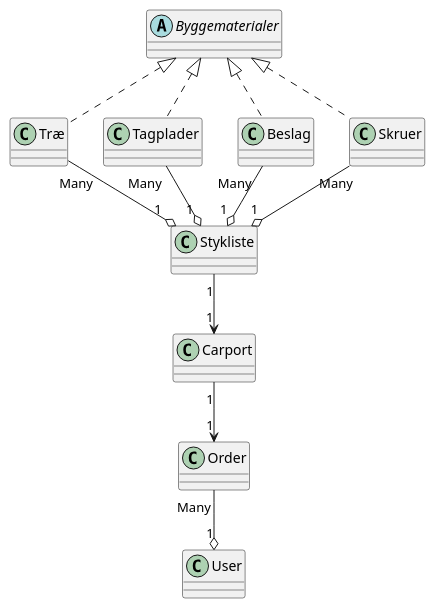
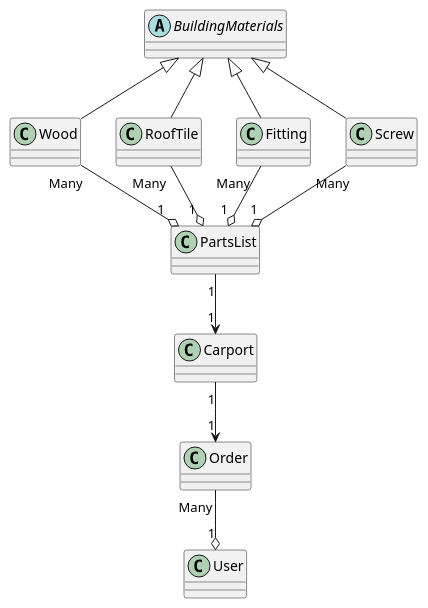
Before and after one commit to EmmsDK/Fog-projekt: the diagram in src/main/resources/DomainModel.puml, drawn with PlantUML.

Commit message:
domain update to english

```diff
--- a/src/main/resources/DomainModel.puml
+++ b/src/main/resources/DomainModel.puml
@@ -1,25 +1,25 @@
 @startuml
 Class User
 
 
-Abstract Class Byggematerialer
-Class Træ implements Byggematerialer
-Class Tagplader implements Byggematerialer
-Class Beslag implements Byggematerialer
-Class Skruer implements Byggematerialer
+Abstract Class BuildingMaterials
+Class Wood extends BuildingMaterials
+Class RoofTile extends BuildingMaterials
+Class Fitting extends BuildingMaterials
+Class Screw extends BuildingMaterials
 
-Class Stykliste
+Class PartsList
 
 Class Carport
 Class Order
 
-Træ "Many "--o "1 "Stykliste
-Beslag "Many "--o "1 " Stykliste
-Tagplader "Many "--o "1 " Stykliste
-Skruer "Many "--o "1 " Stykliste
-Stykliste "1"--> "1"Carport
+Wood "Many "--o "1 "PartsList
+Fitting "Many "--o "1 " PartsList
+RoofTile "Many "--o "1 " PartsList
+Screw "Many "--o "1 " PartsList
+PartsList "1"--> "1"Carport
 Carport "1"-->"1" Order
 Order "Many"--o "1"User
 
 
 @enduml
```
